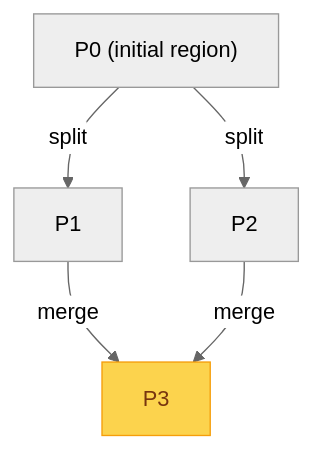
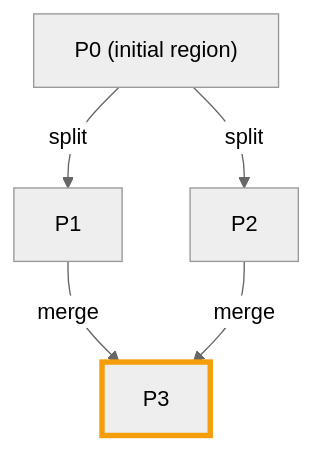
The diagram in src/content/blog/phoenix-dynamodb-parity/cdc-stream-improvements.md (palashc/palashc.github.io), drawn with Mermaid (neutral theme) before and after one commit. The commit also changed 21 other files, not shown here.

````diff
--- a/src/content/blog/phoenix-dynamodb-parity/cdc-stream-improvements.md
+++ b/src/content/blog/phoenix-dynamodb-parity/cdc-stream-improvements.md
@@ -37,9 +37,9 @@
 ```mermaid
 flowchart TB
   p0["P0 (initial region)"]
   p0 -->|"split"| p1["P1"]
   p0 -->|"split"| p2["P2"]
   p1 -->|"merge"| p3["P3"]
   p2 -->|"merge"| p3
-  style p3 fill:#fcd34d,color:#78350f,stroke:#f59e0b
+  style p3 stroke:#f59e0b,stroke-width:4px
 ```
````
